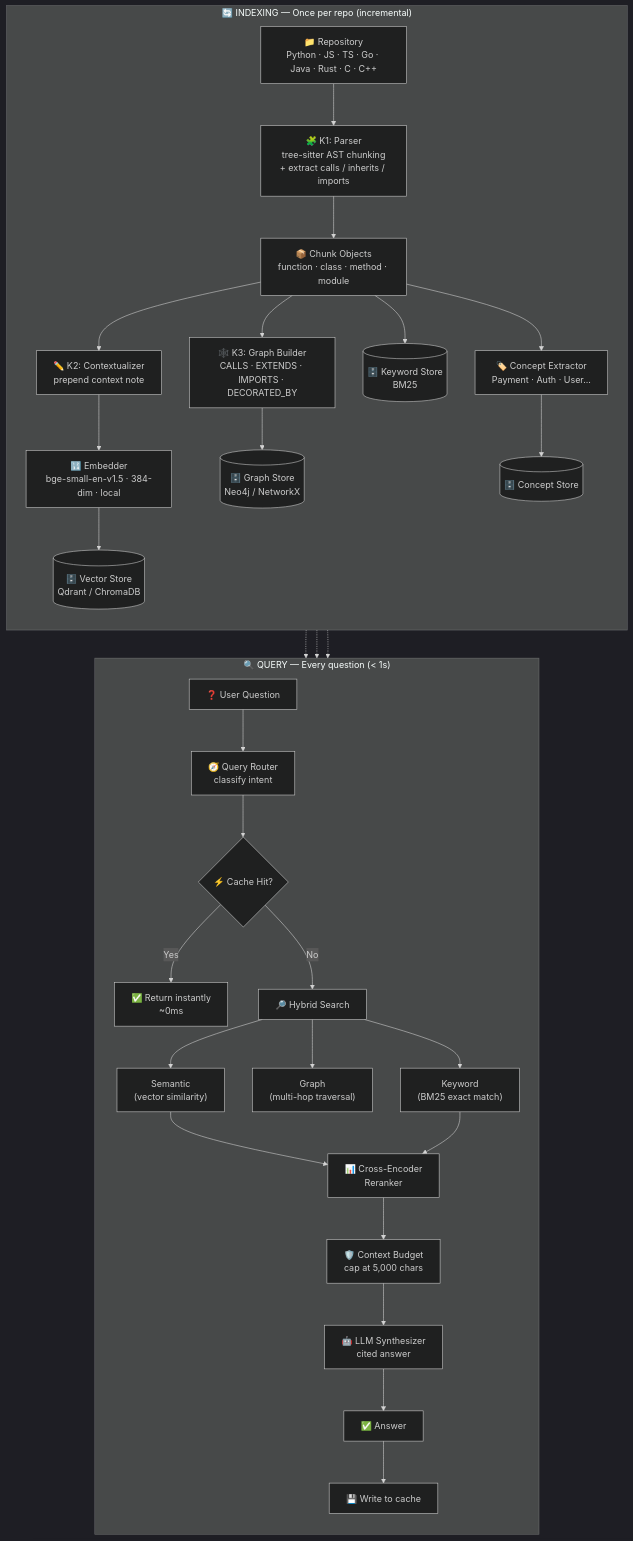
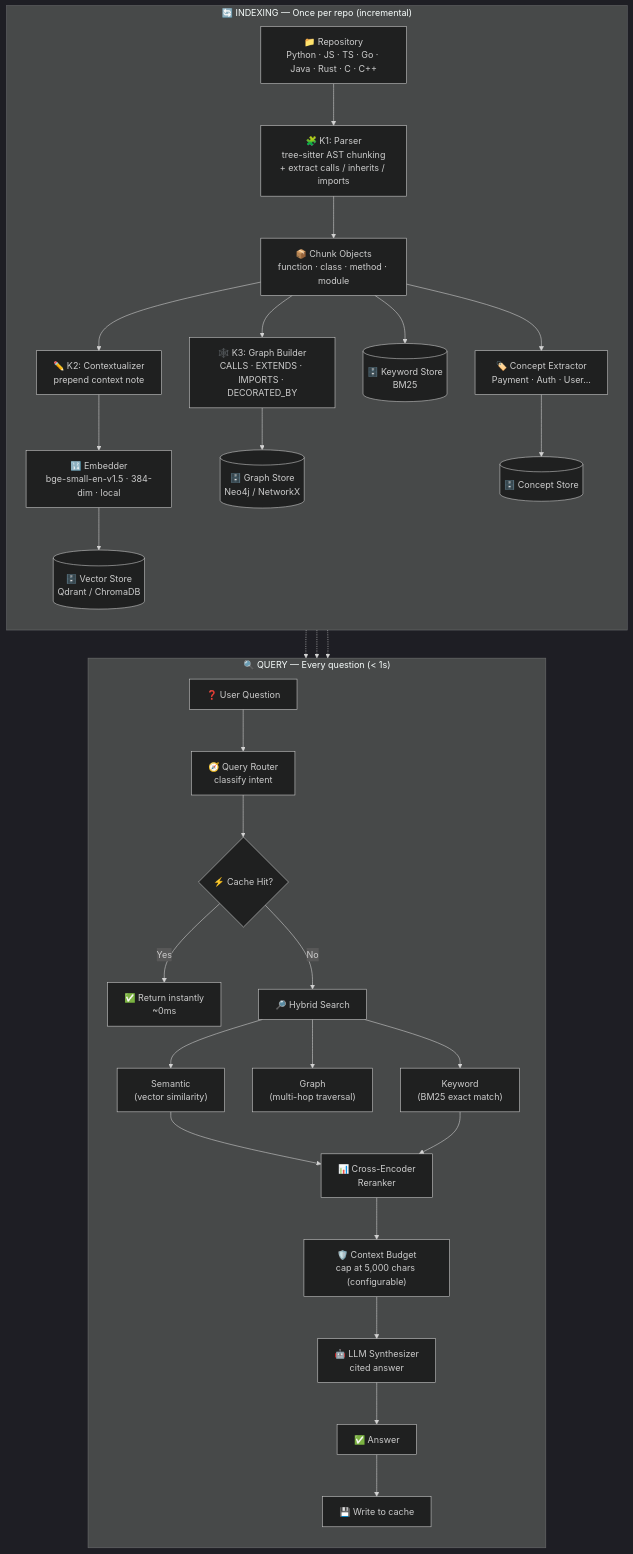
Before and after one commit to SayantanBong007/-Kitsune: the first of 5 diagrams in KITSUNE_ARCHITECTURE.md, drawn with Mermaid (dark theme). The commit also changed other lines of this file and 27 other files, not shown here.

````diff
--- a/KITSUNE_ARCHITECTURE.md
+++ b/KITSUNE_ARCHITECTURE.md
@@ -87,39 +87,39 @@
 ```mermaid
 graph TB
     subgraph Index["🔄 INDEXING — Once per repo (incremental)"]
         direction TB
         Repo[📁 Repository<br/>Python · JS · TS · Go · Java · Rust · C · C++]
         Repo --> Parse["🧩 K1: Parser<br/>tree-sitter AST chunking<br/>+ extract calls / inherits / imports"]
         Parse --> Chunks[📦 Chunk Objects<br/>function · class · method · module]
         Chunks --> Ctx["✏️ K2: Contextualizer<br/>prepend context note"]
         Ctx --> Embed["🔢 Embedder<br/>bge-small-en-v1.5 · 384-dim · local"]
         Embed --> Vec[("🗄️ Vector Store<br/>Qdrant / ChromaDB")]
         Chunks --> Graph["🕸️ K3: Graph Builder<br/>CALLS · EXTENDS · IMPORTS · DECORATED_BY"]
         Graph --> GDB[("🗄️ Graph Store<br/>Neo4j / NetworkX")]
         Chunks --> BM25[("🗄️ Keyword Store<br/>BM25")]
         Chunks --> Concepts["🏷️ Concept Extractor<br/>Payment · Auth · User..."]
         Concepts --> CStore[("🗄️ Concept Store")]
     end
 
     subgraph Query["🔍 QUERY — Every question (< 1s)"]
         direction TB
         Q[❓ User Question]
         Q --> Router["🧭 Query Router<br/>classify intent"]
         Router --> Cache{"⚡ Cache Hit?"}
         Cache -->|Yes| Fast["✅ Return instantly<br/>~0ms"]
         Cache -->|No| Search["🔎 Hybrid Search"]
         Search --> S1["Semantic<br/>(vector similarity)"]
         Search --> S2["Graph<br/>(multi-hop traversal)"]
         Search --> S3["Keyword<br/>(BM25 exact match)"]
         S1 --> RR["📊 Cross-Encoder<br/>Reranker"]
         S3 --> RR
-        RR --> Budget["🛡️ Context Budget<br/>cap at 5,000 chars"]
+        RR --> Budget["🛡️ Context Budget<br/>cap at 5,000 chars (configurable)"]
         Budget --> LLM["🤖 LLM Synthesizer<br/>cited answer"]
         LLM --> Ans[✅ Answer]
         Ans --> CW["💾 Write to cache"]
     end
 
     Vec -.-> S1
     GDB -.-> S2
     BM25 -.-> S3
 ```
````
